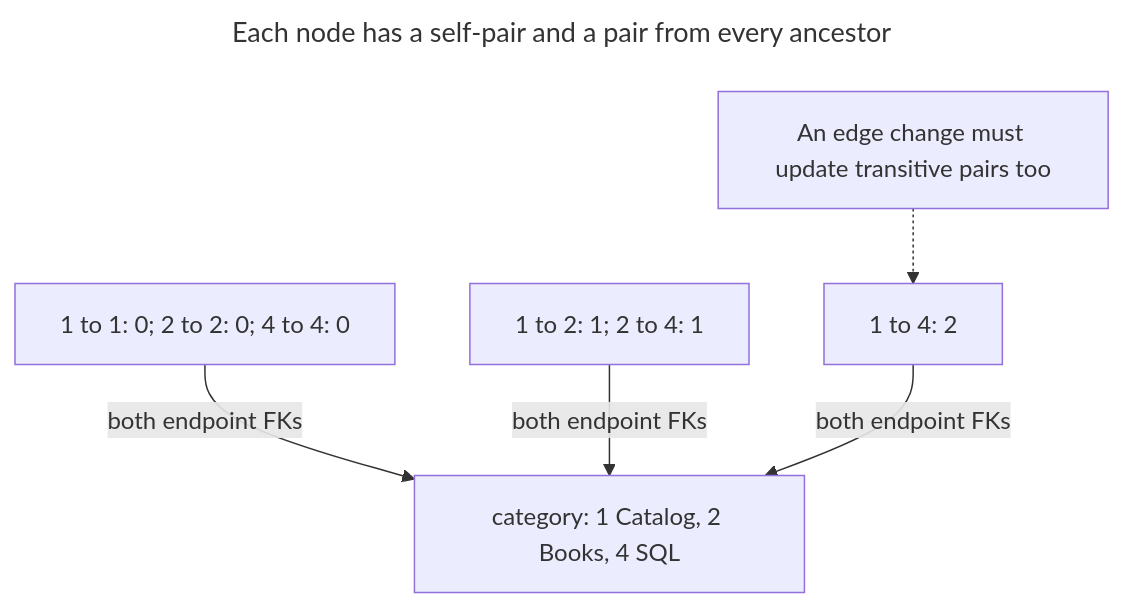
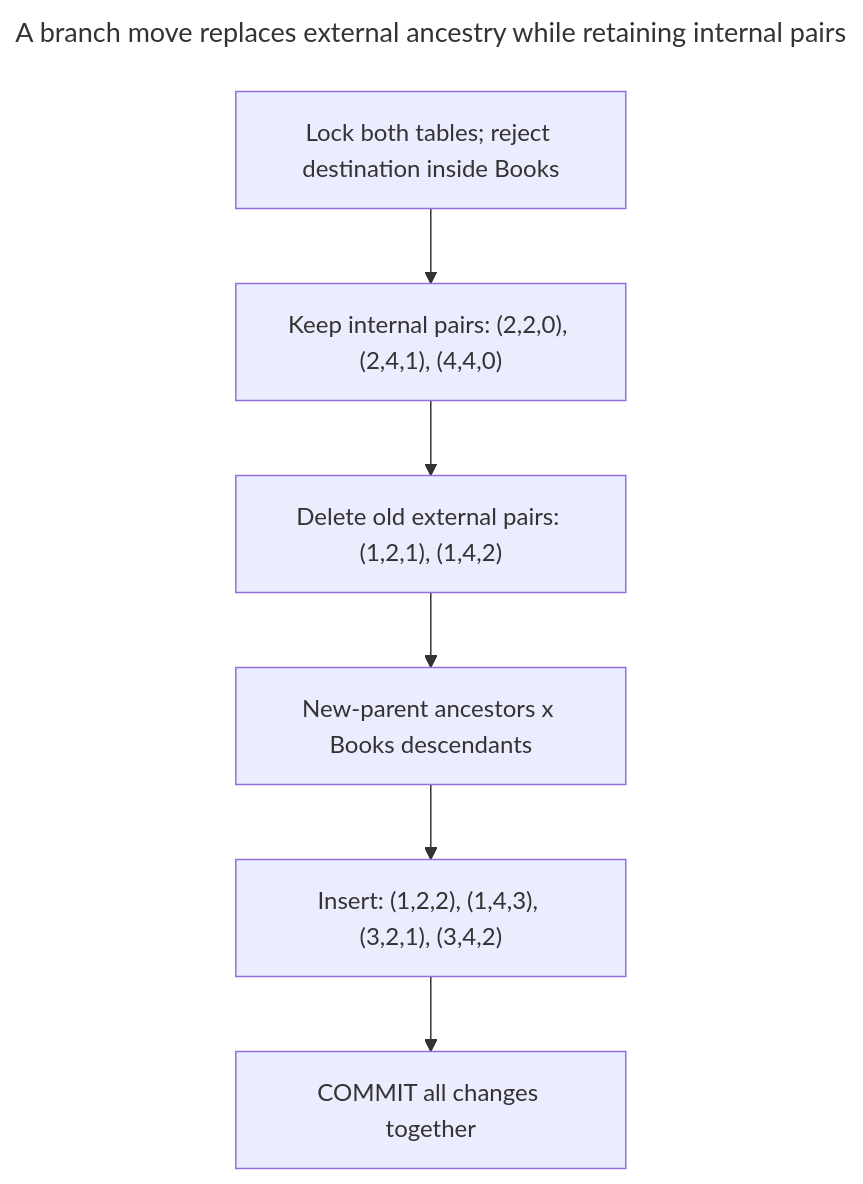
One commit to mokevnin/database-design-patterns changed the third of 5 diagrams in book/en/closure-table.md. Above: the diagram before and after it, drawn with Mermaid. The commit also changed other lines of this file and 13 other files, not shown here.

First line of the commit message:
docs: add ER and other diagrams to the first fourteen chapters

````diff
--- a/book/en/closure-table.md
+++ b/book/en/closure-table.md
@@ -42,15 +190,13 @@
 ```mermaid
 ---
-title: Each node has a self-pair and a pair from every ancestor
+title: A branch move replaces external ancestry while retaining internal pairs
 ---
 flowchart TB
-  nodes["category: 1 Catalog, 2 Books, 4 SQL"]:::muted
-  root["1 to 1: 0; 2 to 2: 0; 4 to 4: 0"]:::accent
-  edges["1 to 2: 1; 2 to 4: 1"]:::accent
-  transitive["1 to 4: 2"]:::accent
-  maintenance["An edge change must update transitive pairs too"]:::warn
-  root -->|both endpoint FKs| nodes
-  edges -->|both endpoint FKs| nodes
-  transitive -->|both endpoint FKs| nodes
-  maintenance -.-> transitive
+  check["Lock both tables; reject destination inside Books"]:::muted
+  keep["Keep internal pairs: (2,2,0), (2,4,1), (4,4,0)"]:::accent
+  remove["Delete old external pairs: (1,2,1), (1,4,2)"]:::warn
+  cross["New-parent ancestors x Books descendants"]:::accent
+  add["Insert: (1,2,2), (1,4,3), (3,2,1), (3,4,2)"]:::accent
+  commit["COMMIT all changes together"]:::muted
+  check --> keep --> remove --> cross --> add --> commit
 ```
````
